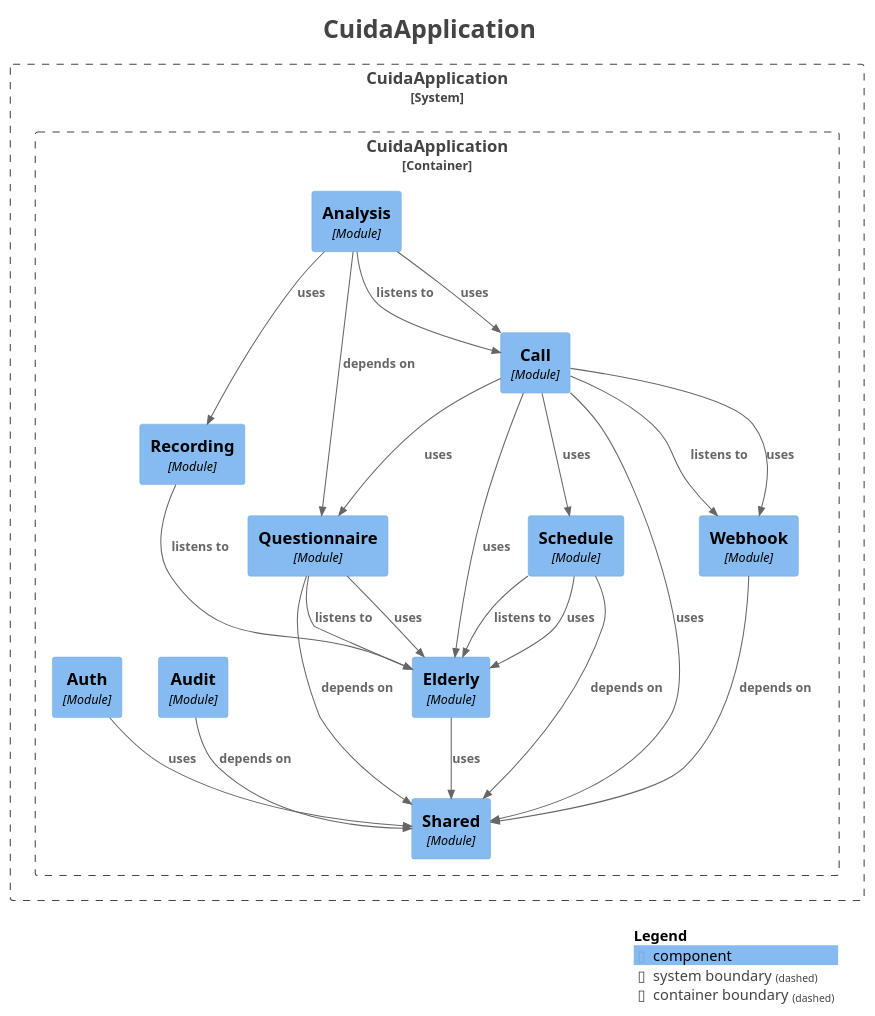
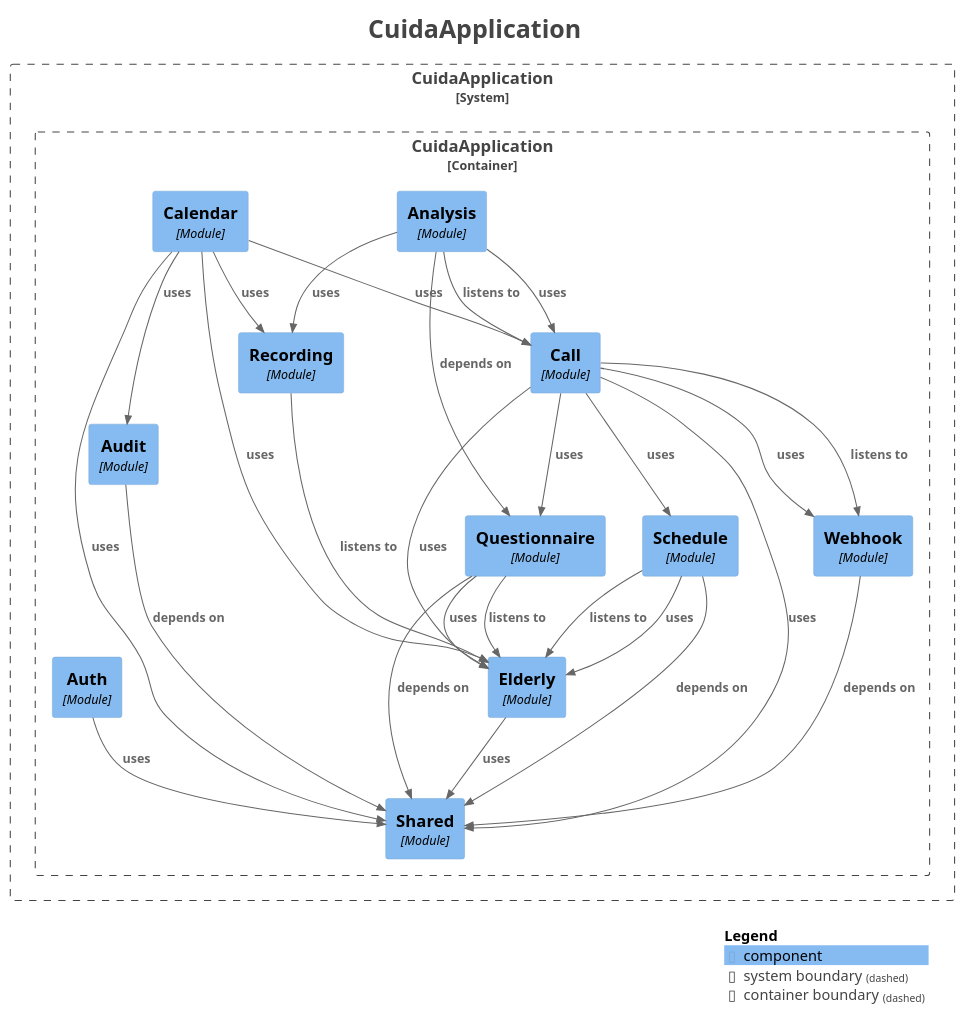
One commit to Rodrimir/alo_diario changed the diagram in docs/modules/components.puml. Above: the diagram before and after it, drawn with PlantUML. The commit also changed 19 other files, not shown here.

```diff
--- a/docs/modules/components.puml
+++ b/docs/modules/components.puml
@@ -1,58 +1,64 @@
 @startuml
 title <size:24>CuidaApplication</size>
 
 set separator none
 top to bottom direction
 
 <style>
   root {
     BackgroundColor: #ffffff
     FontColor: #444444
   }
 </style>
 
 !include <C4/C4>
 !include <C4/C4_Context>
 !include <C4/C4_Component>
 
 System_Boundary("CuidaApplication_boundary", "CuidaApplication", $tags="") {
   Container_Boundary("CuidaApplication.CuidaApplication_boundary", "CuidaApplication", $tags="") {
-    Component(CuidaApplication.CuidaApplication.Recording, "Recording", $techn="Module", $descr="", $tags="", $link="")
     Component(CuidaApplication.CuidaApplication.Schedule, "Schedule", $techn="Module", $descr="", $tags="", $link="")
     Component(CuidaApplication.CuidaApplication.Call, "Call", $techn="Module", $descr="", $tags="", $link="")
     Component(CuidaApplication.CuidaApplication.Analysis, "Analysis", $techn="Module", $descr="", $tags="", $link="")
+    Component(CuidaApplication.CuidaApplication.Calendar, "Calendar", $techn="Module", $descr="", $tags="", $link="")
     Component(CuidaApplication.CuidaApplication.Shared, "Shared", $techn="Module", $descr="", $tags="", $link="")
     Component(CuidaApplication.CuidaApplication.Audit, "Audit", $techn="Module", $descr="", $tags="", $link="")
     Component(CuidaApplication.CuidaApplication.Auth, "Auth", $techn="Module", $descr="", $tags="", $link="")
     Component(CuidaApplication.CuidaApplication.Elderly, "Elderly", $techn="Module", $descr="", $tags="", $link="")
     Component(CuidaApplication.CuidaApplication.Webhook, "Webhook", $techn="Module", $descr="", $tags="", $link="")
     Component(CuidaApplication.CuidaApplication.Questionnaire, "Questionnaire", $techn="Module", $descr="", $tags="", $link="")
+    Component(CuidaApplication.CuidaApplication.Recording, "Recording", $techn="Module", $descr="", $tags="", $link="")
   }
 
 }
 
 Rel(CuidaApplication.CuidaApplication.Analysis, CuidaApplication.CuidaApplication.Call, "listens to", $techn="", $tags="", $link="")
 Rel(CuidaApplication.CuidaApplication.Analysis, CuidaApplication.CuidaApplication.Call, "uses", $techn="", $tags="", $link="")
 Rel(CuidaApplication.CuidaApplication.Analysis, CuidaApplication.CuidaApplication.Questionnaire, "depends on", $techn="", $tags="", $link="")
 Rel(CuidaApplication.CuidaApplication.Analysis, CuidaApplication.CuidaApplication.Recording, "uses", $techn="", $tags="", $link="")
 Rel(CuidaApplication.CuidaApplication.Audit, CuidaApplication.CuidaApplication.Shared, "depends on", $techn="", $tags="", $link="")
 Rel(CuidaApplication.CuidaApplication.Auth, CuidaApplication.CuidaApplication.Shared, "uses", $techn="", $tags="", $link="")
+Rel(CuidaApplication.CuidaApplication.Calendar, CuidaApplication.CuidaApplication.Audit, "uses", $techn="", $tags="", $link="")
+Rel(CuidaApplication.CuidaApplication.Calendar, CuidaApplication.CuidaApplication.Call, "uses", $techn="", $tags="", $link="")
+Rel(CuidaApplication.CuidaApplication.Calendar, CuidaApplication.CuidaApplication.Elderly, "uses", $techn="", $tags="", $link="")
+Rel(CuidaApplication.CuidaApplication.Calendar, CuidaApplication.CuidaApplication.Recording, "uses", $techn="", $tags="", $link="")
+Rel(CuidaApplication.CuidaApplication.Calendar, CuidaApplication.CuidaApplication.Shared, "uses", $techn="", $tags="", $link="")
 Rel(CuidaApplication.CuidaApplication.Call, CuidaApplication.CuidaApplication.Elderly, "uses", $techn="", $tags="", $link="")
 Rel(CuidaApplication.CuidaApplication.Call, CuidaApplication.CuidaApplication.Questionnaire, "uses", $techn="", $tags="", $link="")
 Rel(CuidaApplication.CuidaApplication.Call, CuidaApplication.CuidaApplication.Schedule, "uses", $techn="", $tags="", $link="")
 Rel(CuidaApplication.CuidaApplication.Call, CuidaApplication.CuidaApplication.Shared, "uses", $techn="", $tags="", $link="")
 Rel(CuidaApplication.CuidaApplication.Call, CuidaApplication.CuidaApplication.Webhook, "listens to", $techn="", $tags="", $link="")
 Rel(CuidaApplication.CuidaApplication.Call, CuidaApplication.CuidaApplication.Webhook, "uses", $techn="", $tags="", $link="")
 Rel(CuidaApplication.CuidaApplication.Elderly, CuidaApplication.CuidaApplication.Shared, "uses", $techn="", $tags="", $link="")
 Rel(CuidaApplication.CuidaApplication.Questionnaire, CuidaApplication.CuidaApplication.Elderly, "listens to", $techn="", $tags="", $link="")
 Rel(CuidaApplication.CuidaApplication.Questionnaire, CuidaApplication.CuidaApplication.Elderly, "uses", $techn="", $tags="", $link="")
 Rel(CuidaApplication.CuidaApplication.Questionnaire, CuidaApplication.CuidaApplication.Shared, "depends on", $techn="", $tags="", $link="")
 Rel(CuidaApplication.CuidaApplication.Recording, CuidaApplication.CuidaApplication.Elderly, "listens to", $techn="", $tags="", $link="")
 Rel(CuidaApplication.CuidaApplication.Schedule, CuidaApplication.CuidaApplication.Elderly, "listens to", $techn="", $tags="", $link="")
 Rel(CuidaApplication.CuidaApplication.Schedule, CuidaApplication.CuidaApplication.Elderly, "uses", $techn="", $tags="", $link="")
 Rel(CuidaApplication.CuidaApplication.Schedule, CuidaApplication.CuidaApplication.Shared, "depends on", $techn="", $tags="", $link="")
 Rel(CuidaApplication.CuidaApplication.Webhook, CuidaApplication.CuidaApplication.Shared, "depends on", $techn="", $tags="", $link="")
 
 SHOW_LEGEND(true)
 hide stereotypes
 @enduml
```
